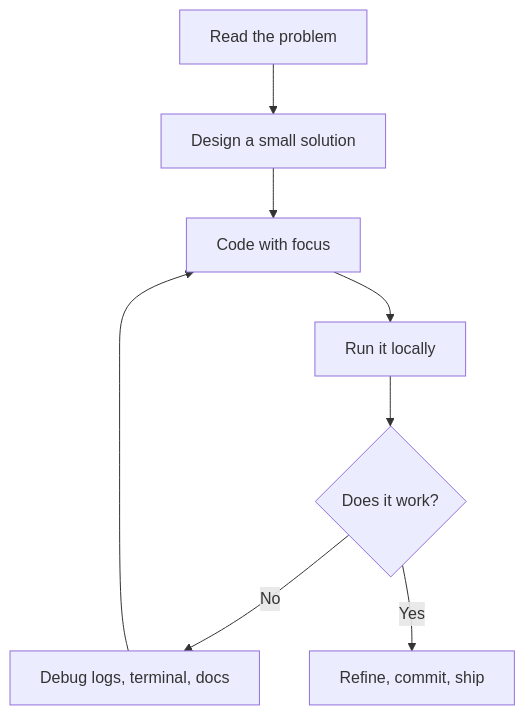
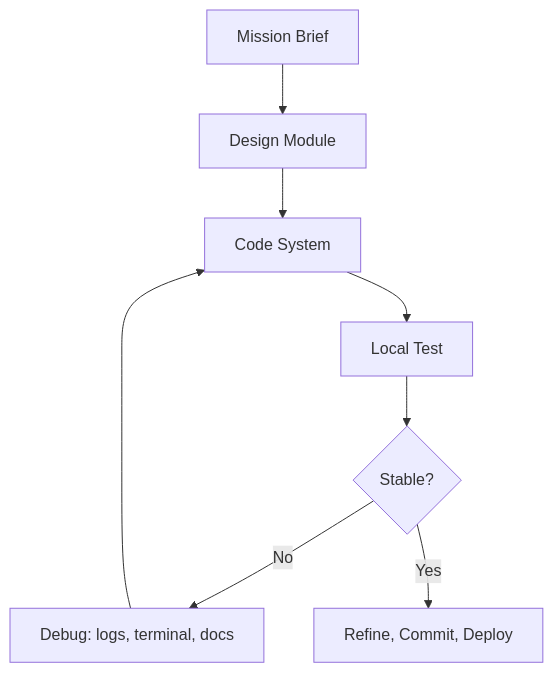
One commit to Eduarcito/Eduarcito changed the second of 2 diagrams in README.md. Above: the diagram before and after it, drawn with Mermaid. The commit also changed other lines of this file, not shown here.

````diff
--- a/README.md
+++ b/README.md
@@ -308,10 +357,10 @@
 ```mermaid
 flowchart TD
-    A["Read the problem"] --> B["Design a small solution"]
-    B --> C["Code with focus"]
-    C --> D["Run it locally"]
-    D --> E{"Does it work?"}
-    E -- "No" --> F["Debug logs, terminal, docs"]
+    A["Mission Brief"] --> B["Design Module"]
+    B --> C["Code System"]
+    C --> D["Local Test"]
+    D --> E{"Stable?"}
+    E -- "No" --> F["Debug: logs, terminal, docs"]
     F --> C
-    E -- "Yes" --> G["Refine, commit, ship"]
+    E -- "Yes" --> G["Refine, Commit, Deploy"]
 ```
````
